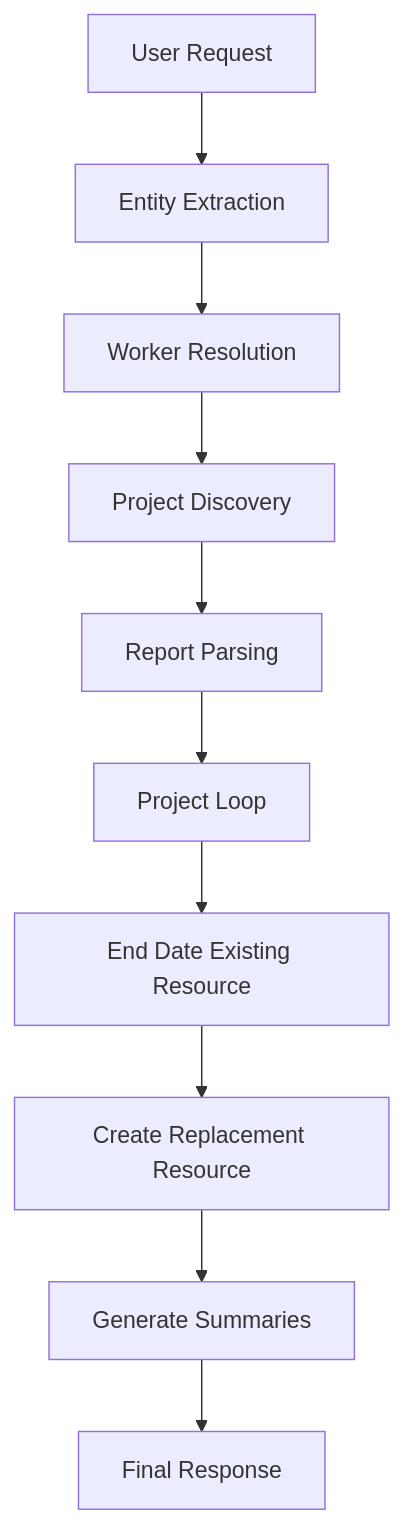
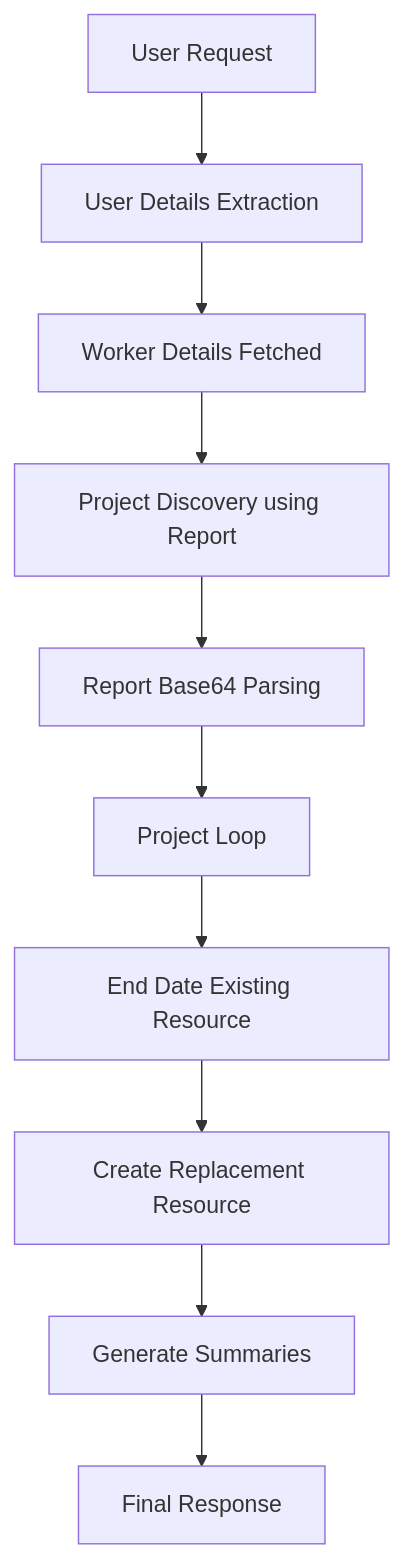
One commit to arpitpaliwl/Oracle-Cloud changed the diagram in Oracle AI Agent Studio/Workflow Agents Youtube Series/Episode 7 Use Case 2/README.md. Above: the diagram before and after it, drawn with Mermaid. The commit also changed other lines of this file, not shown here.

````diff
--- a/Oracle AI Agent Studio/Workflow Agents Youtube Series/Episode 7 Use Case 2/README.md
+++ b/Oracle AI Agent Studio/Workflow Agents Youtube Series/Episode 7 Use Case 2/README.md
@@ -86,33 +86,33 @@
 ```mermaid
 flowchart TD
 
 A[User Request]
 
-B[Entity Extraction]
+B[User Details Extraction]
 
-C[Worker Resolution]
+C[Worker Details Fetched]
 
-D[Project Discovery]
+D[Project Discovery using Report]
 
-E[Report Parsing]
+E[Report Base64 Parsing]
 
 F[Project Loop]
 
 G[End Date Existing Resource]
 
 H[Create Replacement Resource]
 
 I[Generate Summaries]
 
 J[Final Response]
 
 A --> B
 B --> C
 C --> D
 D --> E
 E --> F
 F --> G
 G --> H
 H --> I
 I --> J
 ```
````
